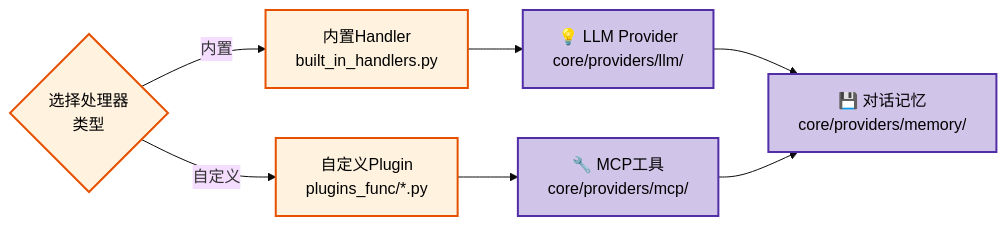
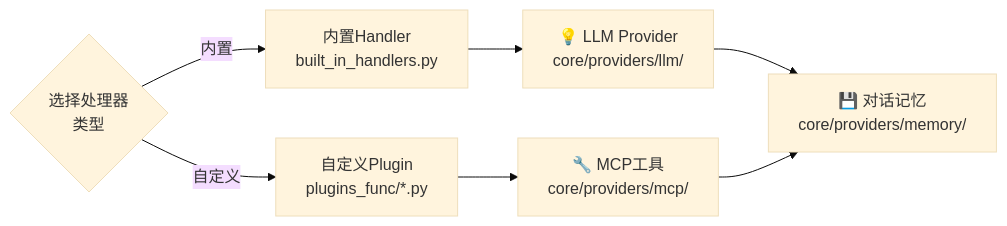
Diagram 16 of 41 in 设计说明.md (jihengzhang/xiaozhi-esp32-server), drawn with Mermaid (base theme) before and after one commit. The commit also changed other lines of this file and 37 other files, not shown here.

````diff
--- a/设计说明.md
+++ b/设计说明.md
@@ -1839,21 +2490,15 @@
 ```mermaid
 graph LR
     D2{"选择处理器<br/>类型"}
     D3["内置Handler<br/>built_in_handlers.py"]
     D4["自定义Plugin<br/>plugins_func/*.py"]
     E1["💡 LLM Provider<br/>core/providers/llm/"]
     E2["🔧 MCP工具<br/>core/providers/mcp/"]
     E3["💾 对话记忆<br/>core/providers/memory/"]
     
     D2 -->|内置| D3 --> E1
     D2 -->|自定义| D4 --> E2
     E1 --> E3
     E2 --> E3
     
-    style D2 fill:#fff3e0,stroke:#e65100,stroke-width:2px,color:#000000
-    style D3 fill:#fff3e0,stroke:#e65100,stroke-width:2px,color:#000000
-    style D4 fill:#fff3e0,stroke:#e65100,stroke-width:2px,color:#000000
-    style E1 fill:#d1c4e9,stroke:#512da8,stroke-width:2px,color:#000000
-    style E2 fill:#d1c4e9,stroke:#512da8,stroke-width:2px,color:#000000
-    style E3 fill:#d1c4e9,stroke:#512da8,stroke-width:2px,color:#000000
 ```
````
